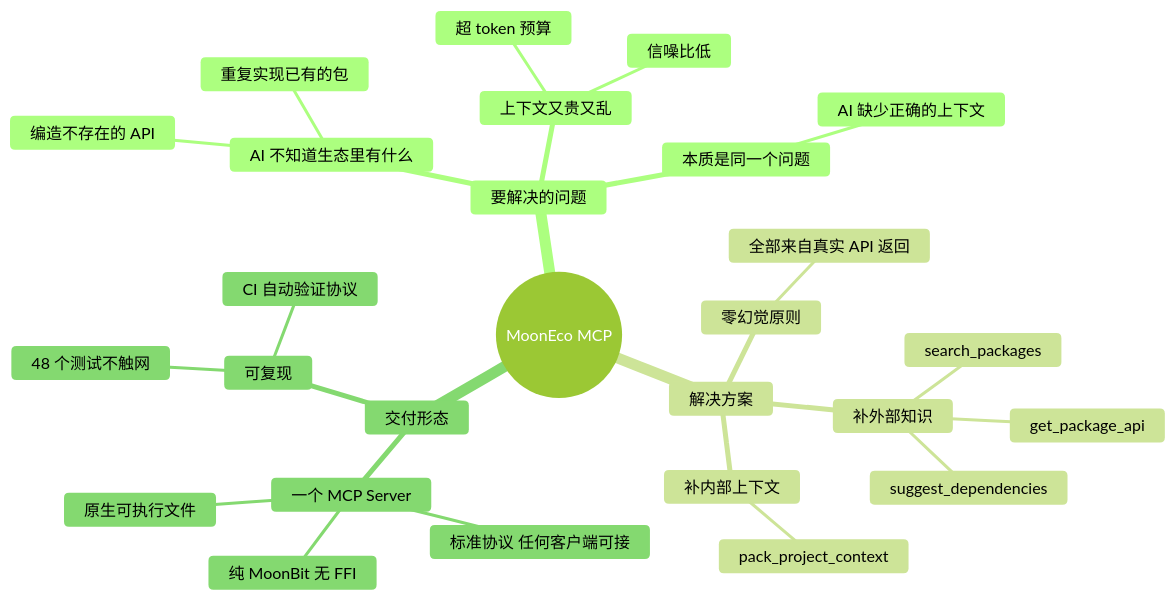
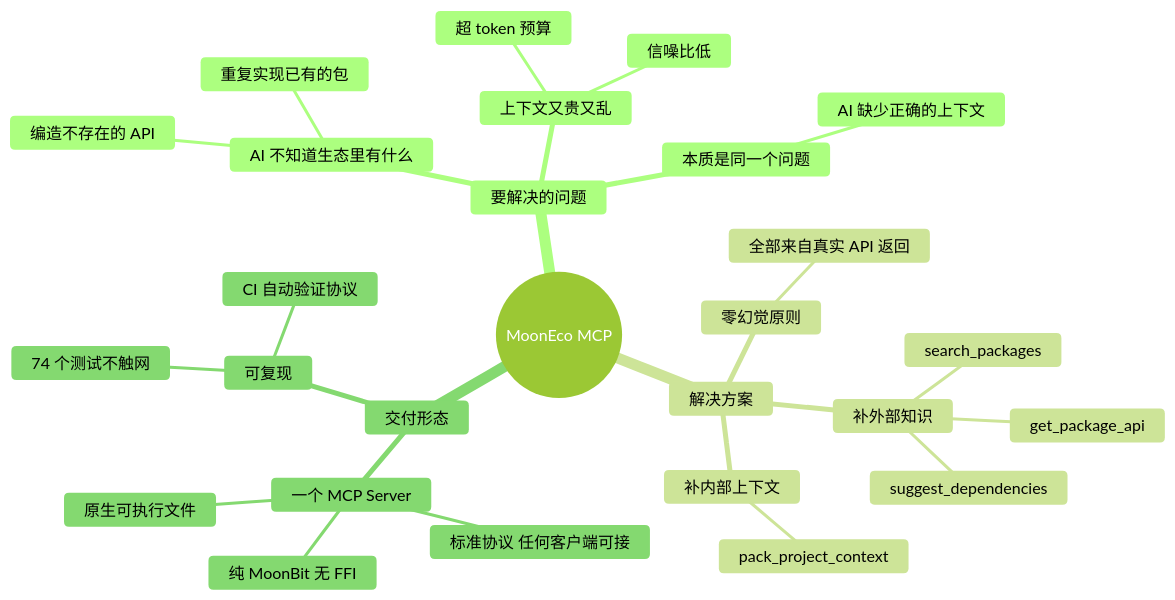
One commit to liguanda888/mooneco-mcp changed the first of 2 diagrams in docs/architecture.md. Above: the diagram before and after it, drawn with Mermaid (forest theme). The commit also changed other lines of this file, not shown here.

First line of the commit message:
docs(architecture): record the multi-source README design and refresh stale counts

````diff
--- a/docs/architecture.md
+++ b/docs/architecture.md
@@ -46,30 +46,30 @@
 ```mermaid
 mindmap
   root((MoonEco MCP))
     要解决的问题
       AI 不知道生态里有什么
         编造不存在的 API
         重复实现已有的包
       上下文又贵又乱
         超 token 预算
         信噪比低
       本质是同一个问题
         AI 缺少正确的上下文
     解决方案
       补外部知识
         search_packages
         get_package_api
         suggest_dependencies
       补内部上下文
         pack_project_context
       零幻觉原则
         全部来自真实 API 返回
     交付形态
       一个 MCP Server
         标准协议 任何客户端可接
         纯 MoonBit 无 FFI
         原生可执行文件
       可复现
-        48 个测试不触网
+        74 个测试不触网
         CI 自动验证协议
 ```
````
